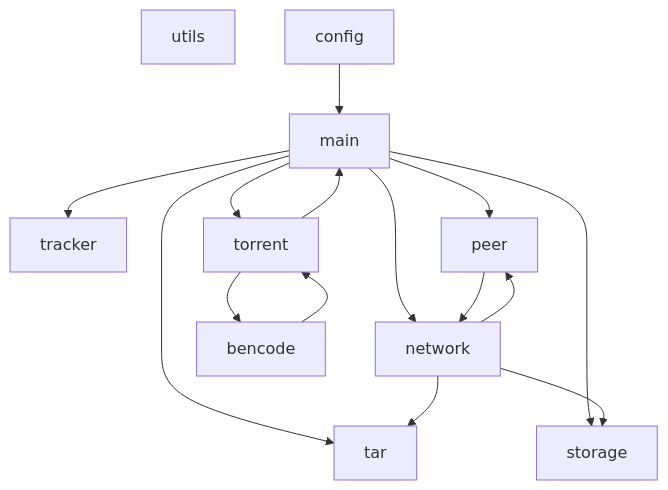
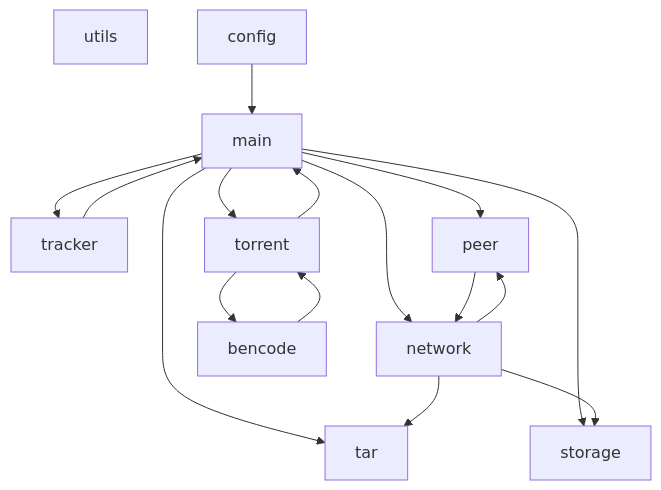
The diagram in FINAL/README.MD (molnija3d/C-2025-09-EVGENIY-Z), drawn with Mermaid before and after one commit.

Commit message:
working on markdown

````diff
--- a/FINAL/README.MD
+++ b/FINAL/README.MD
@@ -142,19 +142,20 @@
 ```mermaid
 graph TD
  
  utils
  config --> main
  main --> tracker
  main --> peer
  main --> storage
  main --> tar
  main --> torrent
  main --> network
+ tracker --> main
  torrent --> bencode
  torrent --> main
  network --> peer
  network --> tar
  network --> storage
  peer --> network
  bencode --> torrent
 ```
````
